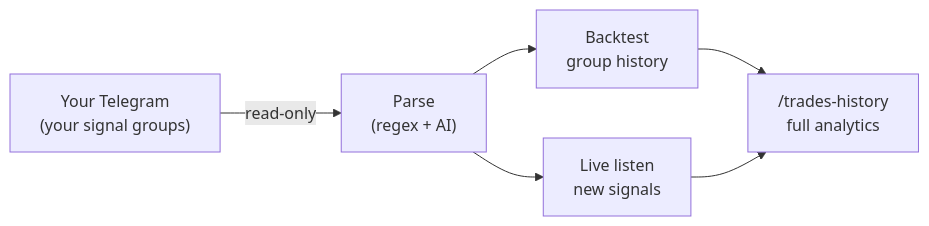
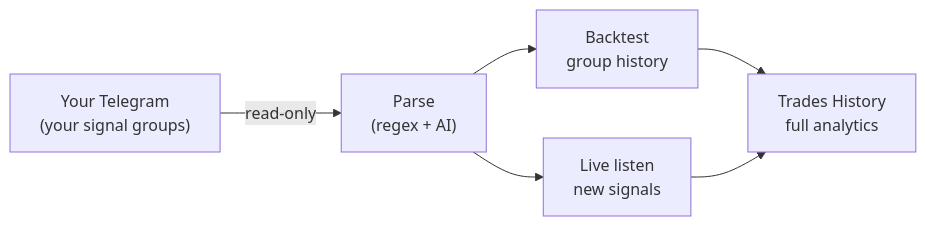
Before and after one commit to formionai/docs: the diagram in telegram-signals.md, drawn with Mermaid. The commit also changed other lines of this file and 37 other files, not shown here.

````diff
--- a/telegram-signals.md
+++ b/telegram-signals.md
@@ -11,8 +11,8 @@
 ```mermaid
 flowchart LR
   TG["Your Telegram<br/>(your signal groups)"] -->|"read-only"| P["Parse<br/>(regex + AI)"]
   P --> B["Backtest<br/>group history"]
   P --> L["Live listen<br/>new signals"]
-  B --> TH["/trades-history<br/>full analytics"]
+  B --> TH["Trades History<br/>full analytics"]
   L --> TH
 ```
````
